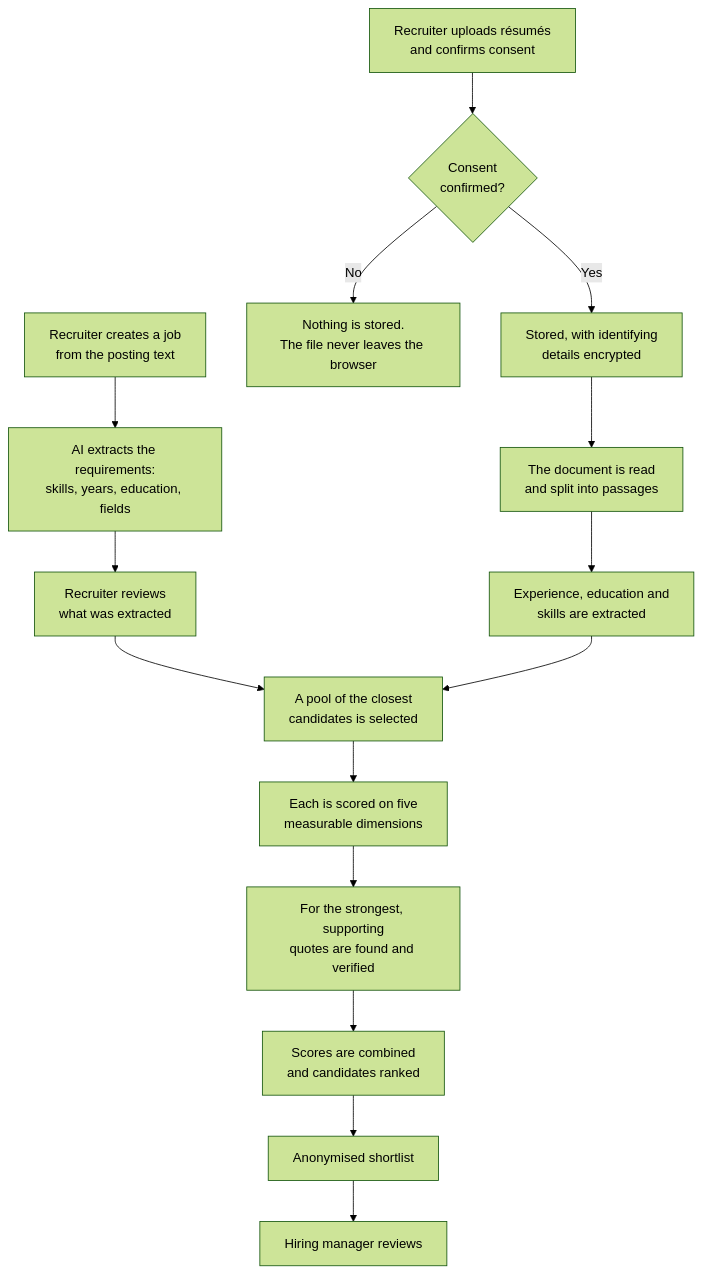
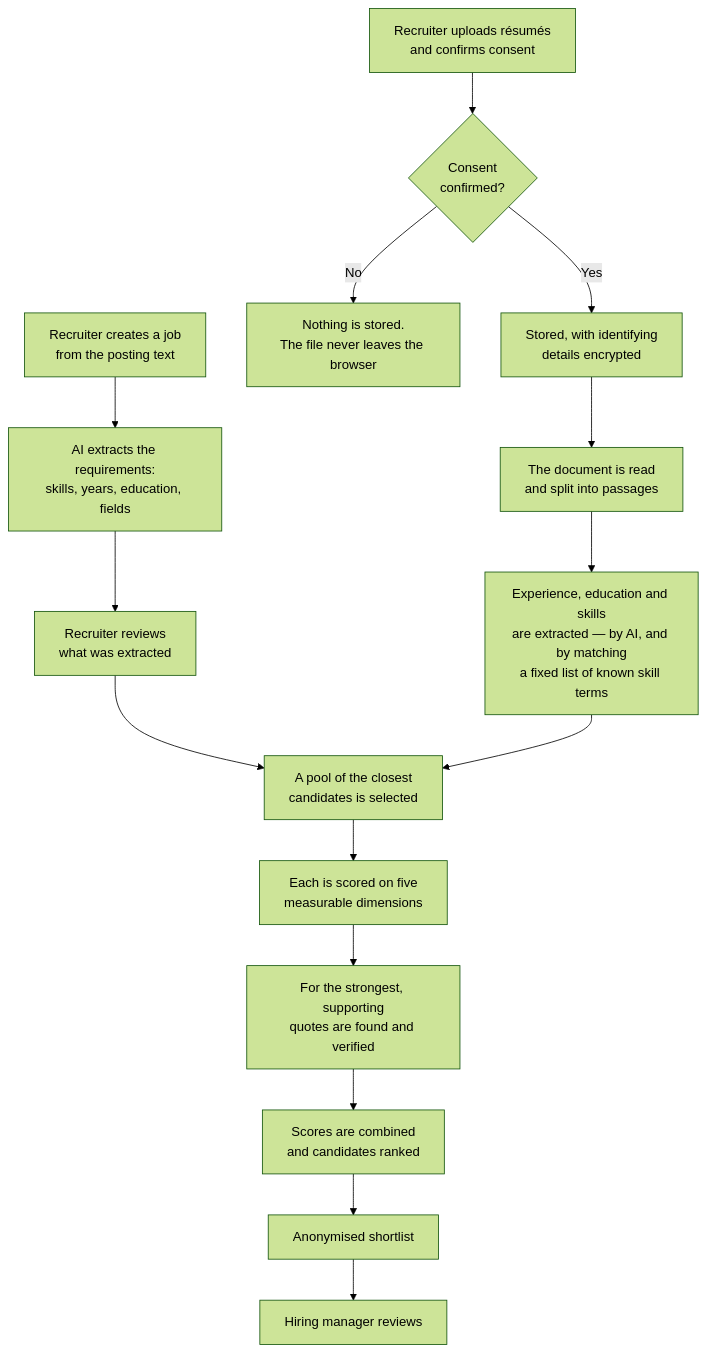
Before and after one commit to humanaxiom/recruiter-assistant: the first of 2 diagrams in docs/process/ranking-metrics-explainer.md, drawn with Mermaid (forest theme). The commit also changed other lines of this file and 3 other files, not shown here.

````diff
--- a/docs/process/ranking-metrics-explainer.md
+++ b/docs/process/ranking-metrics-explainer.md
@@ -70,19 +70,19 @@
 ```mermaid
 flowchart TD
   JD["Recruiter creates a job<br/>from the posting text"] --> JX["AI extracts the requirements:<br/>skills, years, education, fields"]
   JX --> JREV["Recruiter reviews<br/>what was extracted"]
   JREV --> POOL
 
   U["Recruiter uploads résumés<br/>and confirms consent"] --> CG{"Consent<br/>confirmed?"}
   CG -->|No| STOP["Nothing is stored.<br/>The file never leaves the browser"]
   CG -->|Yes| ST["Stored, with identifying<br/>details encrypted"]
   ST --> P["The document is read<br/>and split into passages"]
-  P --> LLM["Experience, education and<br/>skills are extracted"]
+  P --> LLM["Experience, education and skills<br/>are extracted — by AI, and by matching<br/>a fixed list of known skill terms"]
   LLM --> POOL["A pool of the closest<br/>candidates is selected"]
 
   POOL --> S2["Each is scored on five<br/>measurable dimensions"]
   S2 --> S3["For the strongest, supporting<br/>quotes are found and verified"]
   S3 --> S4["Scores are combined<br/>and candidates ranked"]
   S4 --> SL["Anonymised shortlist"]
   SL --> HM["Hiring manager reviews"]
 ```
````
